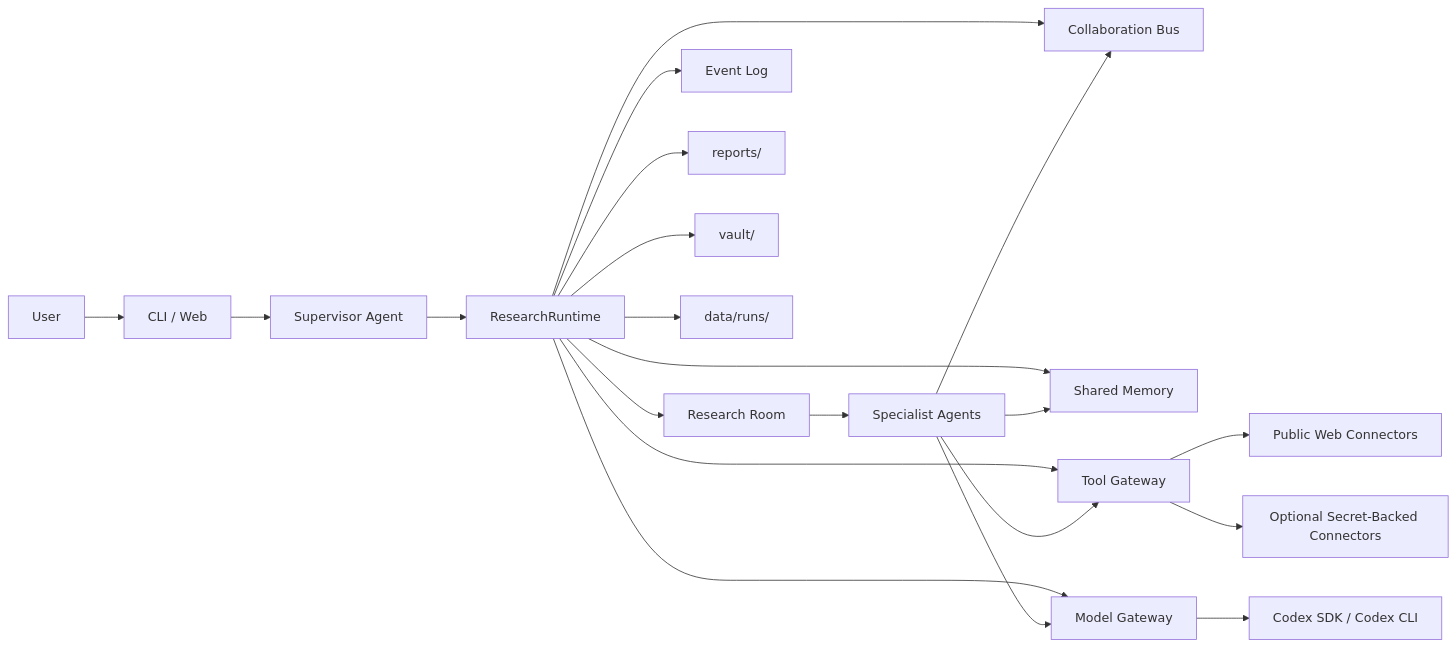
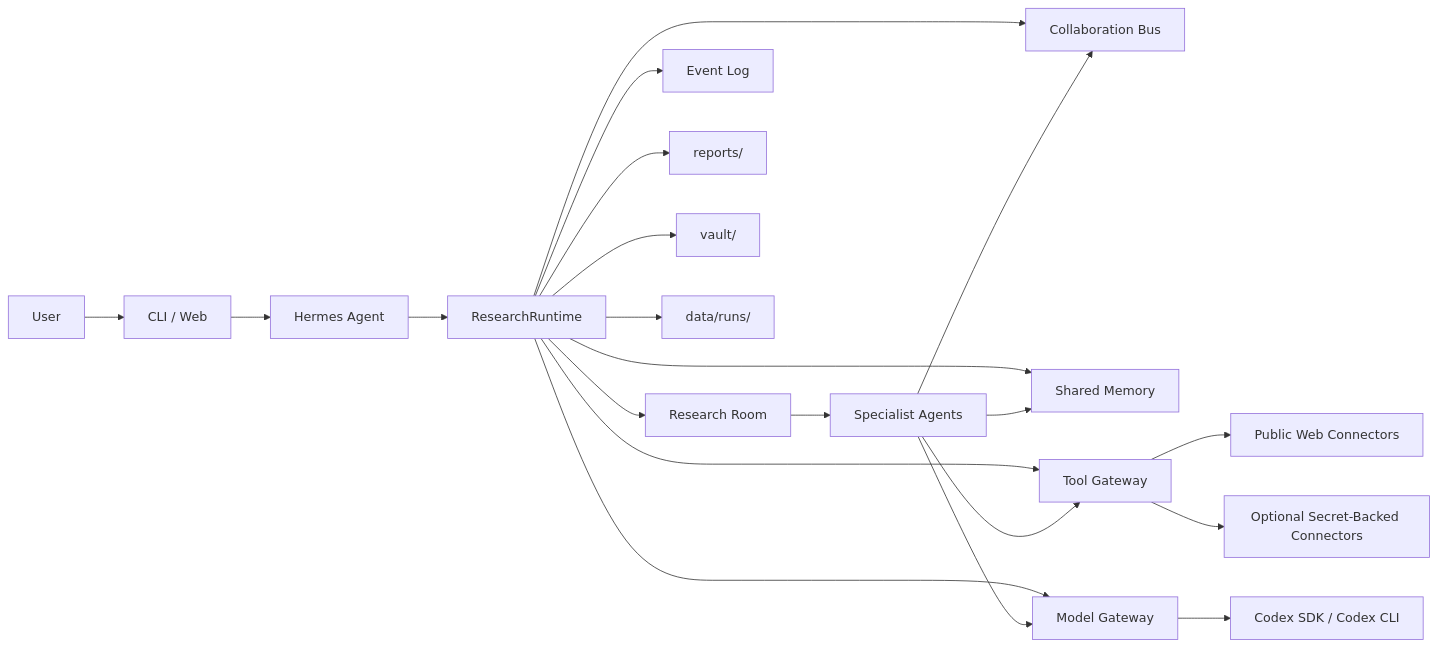
Before and after one commit to Musashi-great/jimmoria: the diagram in docs/jimmoria-project-structure.md, drawn with Mermaid. The commit also changed other lines of this file and 32 other files, not shown here.

````diff
--- a/docs/jimmoria-project-structure.md
+++ b/docs/jimmoria-project-structure.md
@@ -118,26 +118,26 @@
 ```mermaid
 flowchart LR
     User[User] --> Console[CLI / Web]
-    Console --> Supervisor[Supervisor Agent]
-    Supervisor --> Runtime[ResearchRuntime]
+    Console --> Hermes[Hermes Agent]
+    Hermes --> Runtime[ResearchRuntime]
     Runtime --> Room[Research Room]
     Runtime --> Bus[Collaboration Bus]
     Runtime --> Memory[Shared Memory]
     Runtime --> Tools[Tool Gateway]
     Runtime --> Model[Model Gateway]
     Runtime --> Events[Event Log]
 
     Tools --> Web[Public Web Connectors]
     Tools --> Optional[Optional Secret-Backed Connectors]
     Model --> Codex[Codex SDK / Codex CLI]
 
     Room --> Agents[Specialist Agents]
     Agents --> Bus
     Agents --> Memory
     Agents --> Tools
     Agents --> Model
 
     Runtime --> Reports[reports/]
     Runtime --> Vault[vault/]
     Runtime --> Runs[data/runs/]
 ```
````
